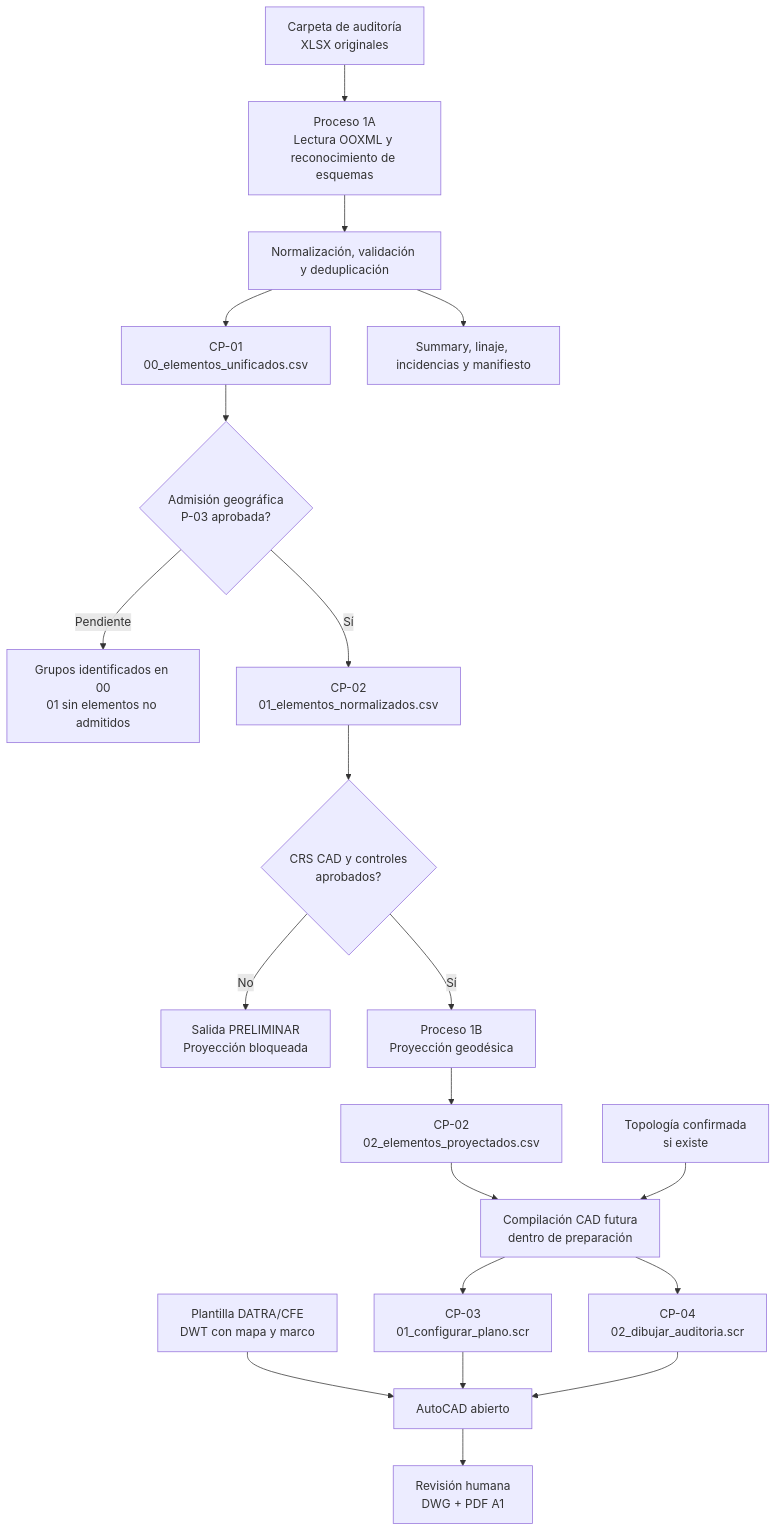
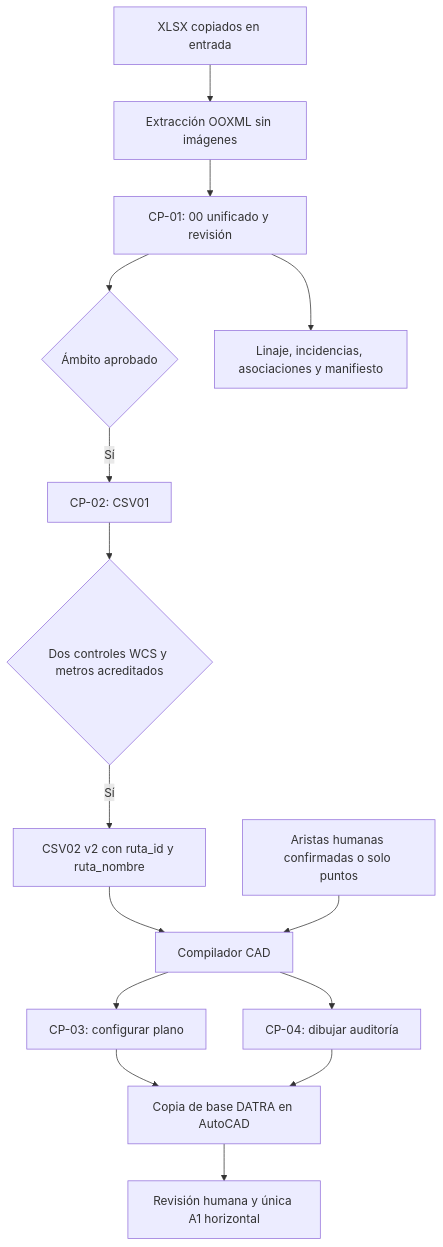
Before and after one commit to CarlosAM03/pipeline-autocad-auditoria-cfe: the diagram in README.md, drawn with Mermaid. The commit also changed other lines of this file and 28 other files, not shown here.

````diff
--- a/README.md
+++ b/README.md
@@ -33,22 +16,17 @@
 ```mermaid
 flowchart TD
-    A[Carpeta de auditoría<br/>XLSX originales] --> B[Proceso 1A<br/>Lectura OOXML y reconocimiento de esquemas]
-    B --> C[Normalización, validación y deduplicación]
-    C --> U[CP-01<br/>00_elementos_unificados.csv]
-    U --> Q{Admisión geográfica<br/>P-03 aprobada?}
-    Q -->|Pendiente| R[Grupos identificados en 00<br/>01 sin elementos no admitidos]
-    Q -->|Sí| D[CP-02<br/>01_elementos_normalizados.csv]
-    C --> E[Summary, linaje, incidencias y manifiesto]
-    D --> F{CRS CAD y controles<br/>aprobados?}
-    F -->|No| G[Salida PRELIMINAR<br/>Proyección bloqueada]
-    F -->|Sí| H[Proceso 1B<br/>Proyección geodésica]
-    H --> I[CP-02<br/>02_elementos_proyectados.csv]
-    I --> J[Compilación CAD futura<br/>dentro de preparación]
-    K[Topología confirmada<br/>si existe] --> J
-    L[Plantilla DATRA/CFE<br/>DWT con mapa y marco] --> M[AutoCAD abierto]
-    J --> N[CP-03<br/>01_configurar_plano.scr]
-    J --> O[CP-04<br/>02_dibujar_auditoria.scr]
-    N --> M
-    O --> M
-    M --> P[Revisión humana<br/>DWG + PDF A1]
+  A[XLSX copiados en entrada] --> B[Extracción OOXML sin imágenes]
+  B --> C[CP-01: 00 unificado y revisión]
+  C --> D{Ámbito aprobado}
+  D -->|Sí| E[CP-02: CSV01]
+  E --> F{Dos controles WCS y metros acreditados}
+  F -->|Sí| G[CSV02 v2 con ruta_id y ruta_nombre]
+  C --> H[Linaje, incidencias, asociaciones y manifiesto]
+  G --> I[Compilador CAD]
+  T[Aristas humanas confirmadas o solo puntos] --> I
+  I --> J[CP-03: configurar plano]
+  I --> K[CP-04: dibujar auditoría]
+  J --> L[Copia de base DATRA en AutoCAD]
+  K --> L
+  L --> M[Revisión humana y única A1 horizontal]
 ```
````
